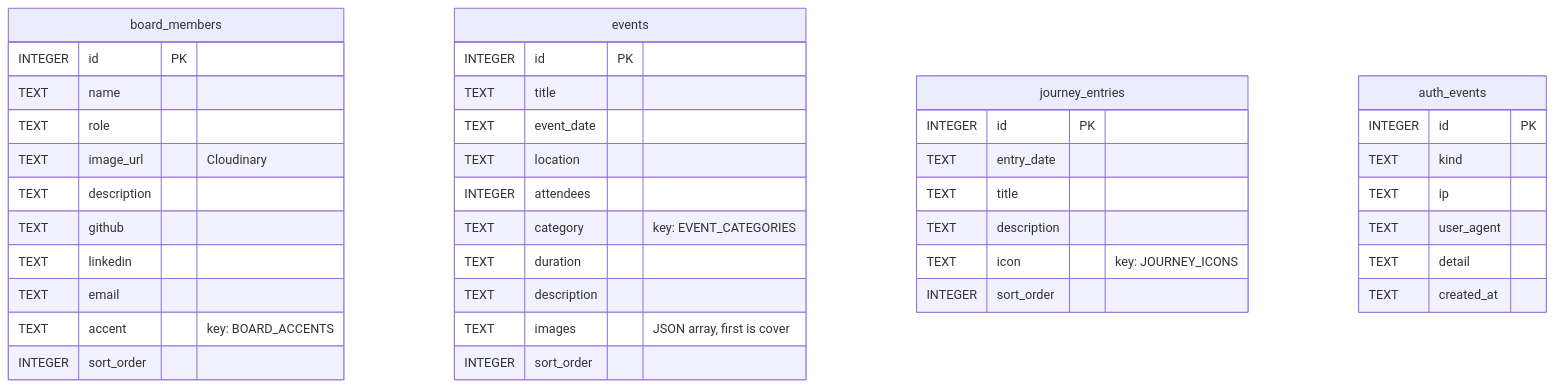
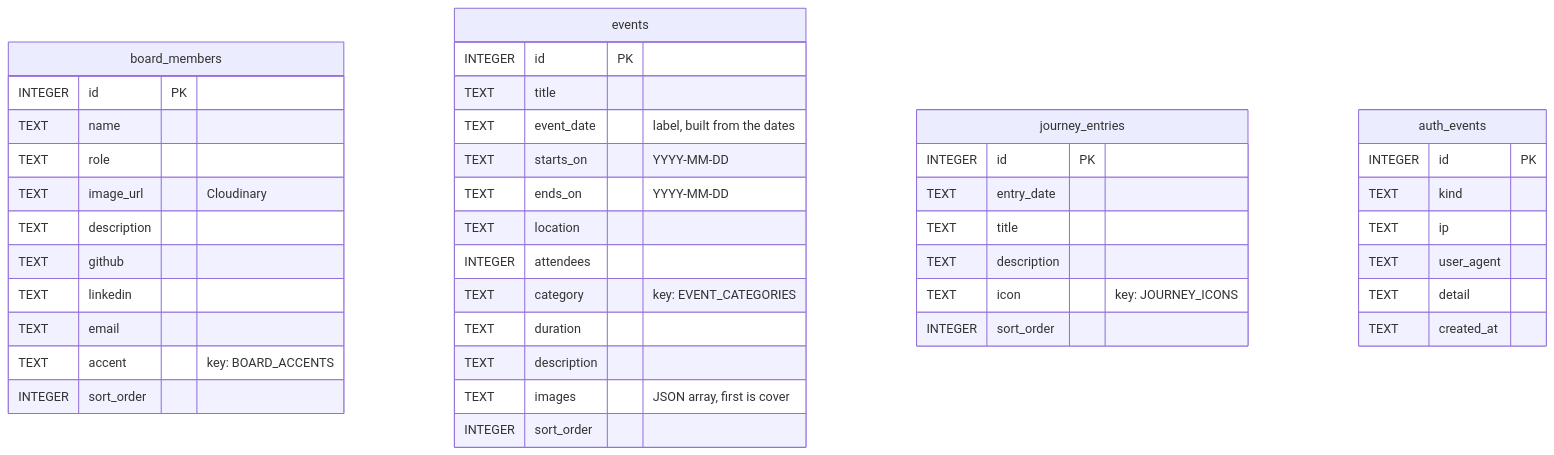
The third of 4 diagrams in docs/05-database.md (Git-HubCommunityGitamHyd/Github-Community-Club-Website), drawn with Mermaid before and after one commit. The commit also changed other lines of this file and 10 other files, not shown here.

First line of the commit message:
feat: enhance event management with start and end date support

````diff
--- a/docs/05-database.md
+++ b/docs/05-database.md
@@ -153,43 +153,45 @@
 ```mermaid
 erDiagram
     board_members {
         INTEGER id PK
         TEXT name
         TEXT role
         TEXT image_url "Cloudinary"
         TEXT description
         TEXT github
         TEXT linkedin
         TEXT email
         TEXT accent "key: BOARD_ACCENTS"
         INTEGER sort_order
     }
     events {
         INTEGER id PK
         TEXT title
-        TEXT event_date
+        TEXT event_date "label, built from the dates"
+        TEXT starts_on "YYYY-MM-DD"
+        TEXT ends_on "YYYY-MM-DD"
         TEXT location
         INTEGER attendees
         TEXT category "key: EVENT_CATEGORIES"
         TEXT duration
         TEXT description
         TEXT images "JSON array, first is cover"
         INTEGER sort_order
     }
     journey_entries {
         INTEGER id PK
         TEXT entry_date
         TEXT title
         TEXT description
         TEXT icon "key: JOURNEY_ICONS"
         INTEGER sort_order
     }
     auth_events {
         INTEGER id PK
         TEXT kind
         TEXT ip
         TEXT user_agent
         TEXT detail
         TEXT created_at
     }
 ```
````
